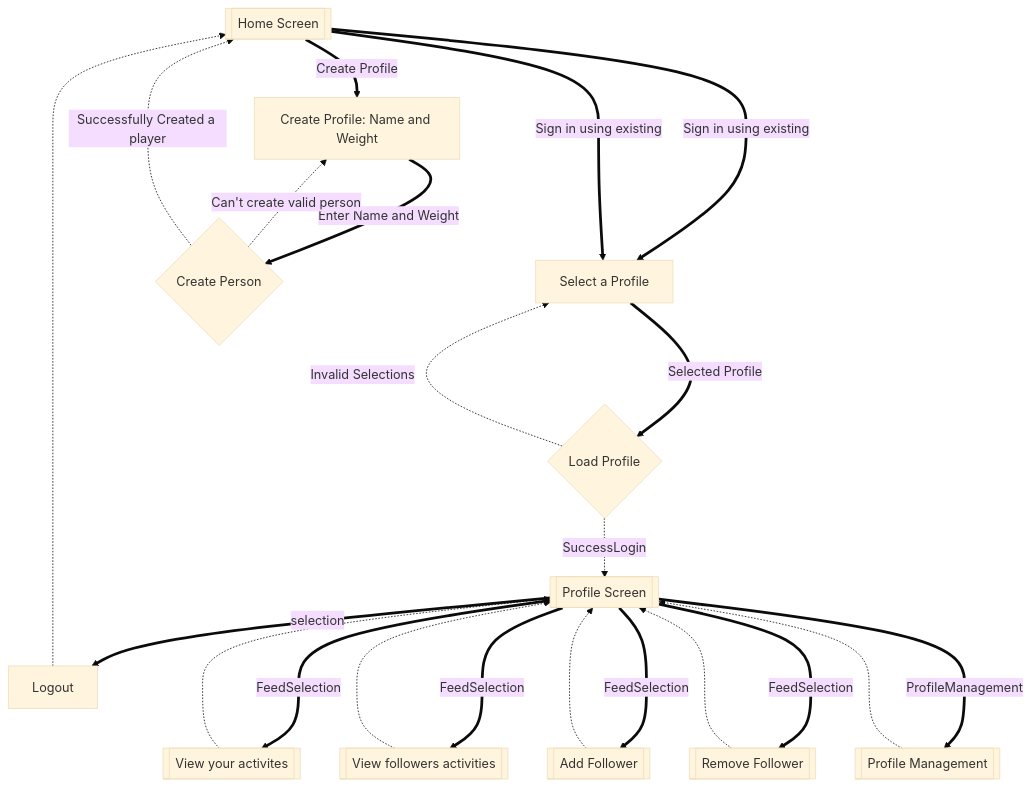
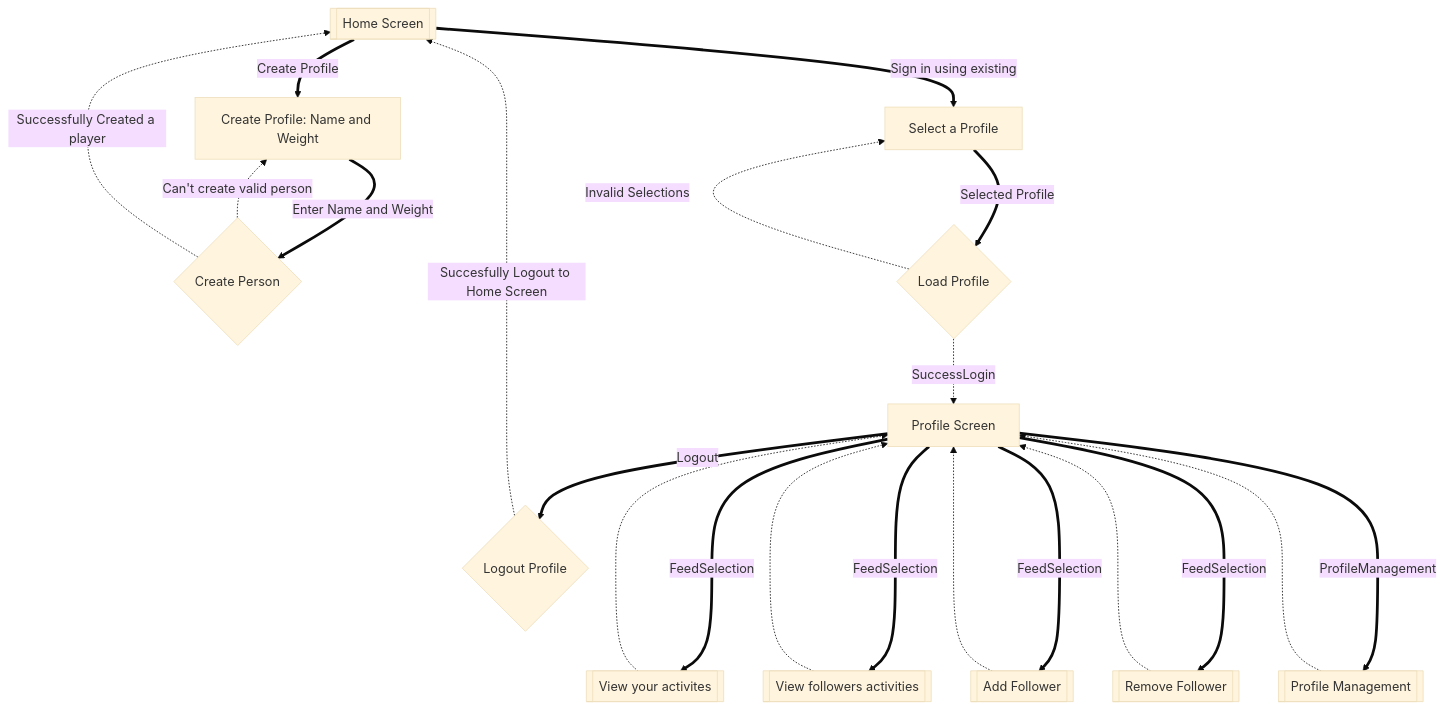
Before and after one commit to umangmehta0007/Excercise_Tracker: the first of 12 diagrams in README.md, drawn with Mermaid (base theme). The commit also changed other lines of this file, not shown here.

Commit message:
Updated Flows of interactions

````diff
--- a/README.md
+++ b/README.md
@@ -28,55 +28,56 @@
 ```mermaid
 
 flowchart
     homescreen[[Home Screen]]
 
     homescreen ==Create Profile==> enterDetails
-    homescreen==Sign in using existing===>existing
 
     enterDetails[Create Profile: Name and Weight]
     processplayer{Create Person}
     
     enterDetails==Enter Name and Weight==>processplayer
     processplayer -.Can't create valid person.->enterDetails
     processplayer -.Successfully Created a player.->homescreen
 
 
     existing[Select a Profile]
     loader{Load Profile}
     
-    successLogin[[Profile Screen]]
+    successLogin[Profile Screen]
 
     homescreen ==Sign in using existing==> existing
     
     existing==Selected Profile==>loader
     
     loader -.Invalid Selections.->existing
     loader -.SuccessLogin.->successLogin
     
     viewact[[View your activites]]
     viewfol[[View followers activities]]
     addfol[[Add Follower]]
     removefol[[Remove Follower]]
     manager[[Profile Management]]
+    
+    Logout{Logout Profile}
 
     successLogin==FeedSelection==>viewact
     successLogin==FeedSelection==>viewfol
     successLogin==FeedSelection==>addfol
     successLogin==FeedSelection==>removefol
     successLogin==ProfileManagement==>manager
-    successLogin==selection==>Logout
+    successLogin==Logout==>Logout
 
 
 
 
     viewact -..-> successLogin
     viewfol -..-> successLogin
     addfol -..-> successLogin
     removefol -..-> successLogin
     manager -..-> successLogin
 
-    Logout -..-> homescreen
+    Logout -.Succesfully Logout to Home Screen.-> homescreen
 
 
 
 ```
````
